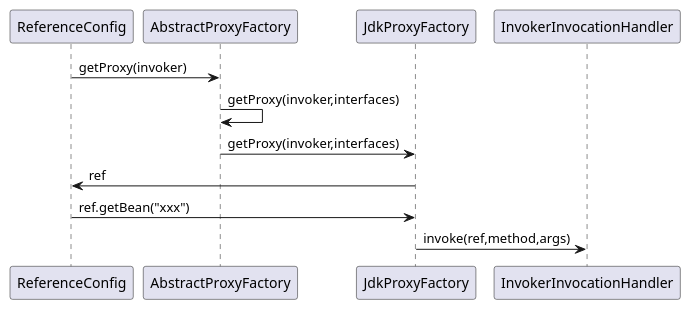
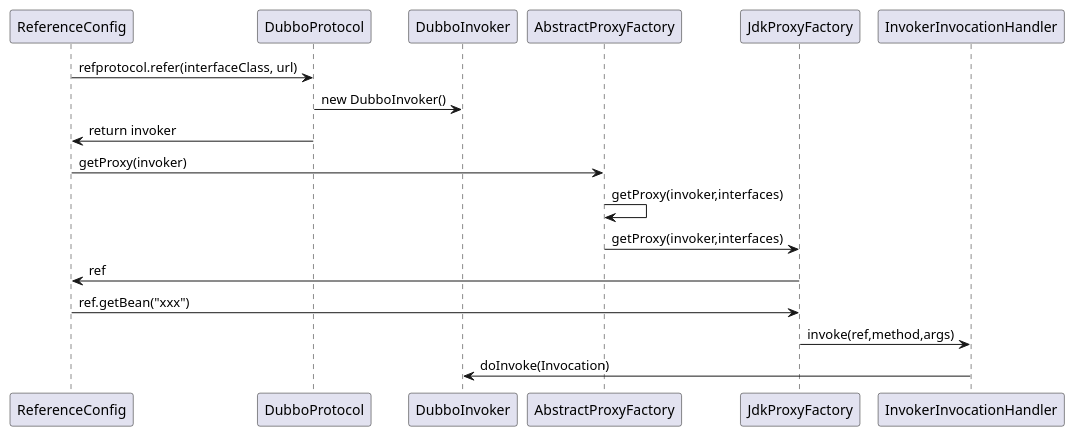
Before and after one commit to newbigTech/myDesignPattern: the diagram in uml/dubbo/proxy-invoker.puml, drawn with PlantUML.

Commit message:
uml图

```diff
--- a/uml/dubbo/proxy-invoker.puml
+++ b/uml/dubbo/proxy-invoker.puml
@@ -1,14 +1,20 @@
 @startuml
-participant "ReferenceConfig"         as ReferenceConfig
+participant "ReferenceConfig"            as ReferenceConfig
+participant "DubboProtocol"              as DubboProtocol
+participant "DubboInvoker"               as DubboInvoker
 participant "AbstractProxyFactory"       as AbstractProxyFactory
-participant "JdkProxyFactory"       as JdkProxyFactory
-participant "InvokerInvocationHandler"       as InvokerInvocationHandler
+participant "JdkProxyFactory"            as JdkProxyFactory
+participant "InvokerInvocationHandler"   as InvokerInvocationHandler
 
+ReferenceConfig->DubboProtocol:refprotocol.refer(interfaceClass, url)
+DubboProtocol->DubboInvoker:new DubboInvoker()
+DubboProtocol->ReferenceConfig:return invoker
 ReferenceConfig->AbstractProxyFactory:getProxy(invoker)
 AbstractProxyFactory->AbstractProxyFactory:getProxy(invoker,interfaces)
 AbstractProxyFactory->JdkProxyFactory:getProxy(invoker,interfaces)
 JdkProxyFactory->ReferenceConfig:ref
 ReferenceConfig->JdkProxyFactory:ref.getBean("xxx")
 JdkProxyFactory->InvokerInvocationHandler:invoke(ref,method,args)
+InvokerInvocationHandler->DubboInvoker:doInvoke(Invocation)
 
 @enduml
```
